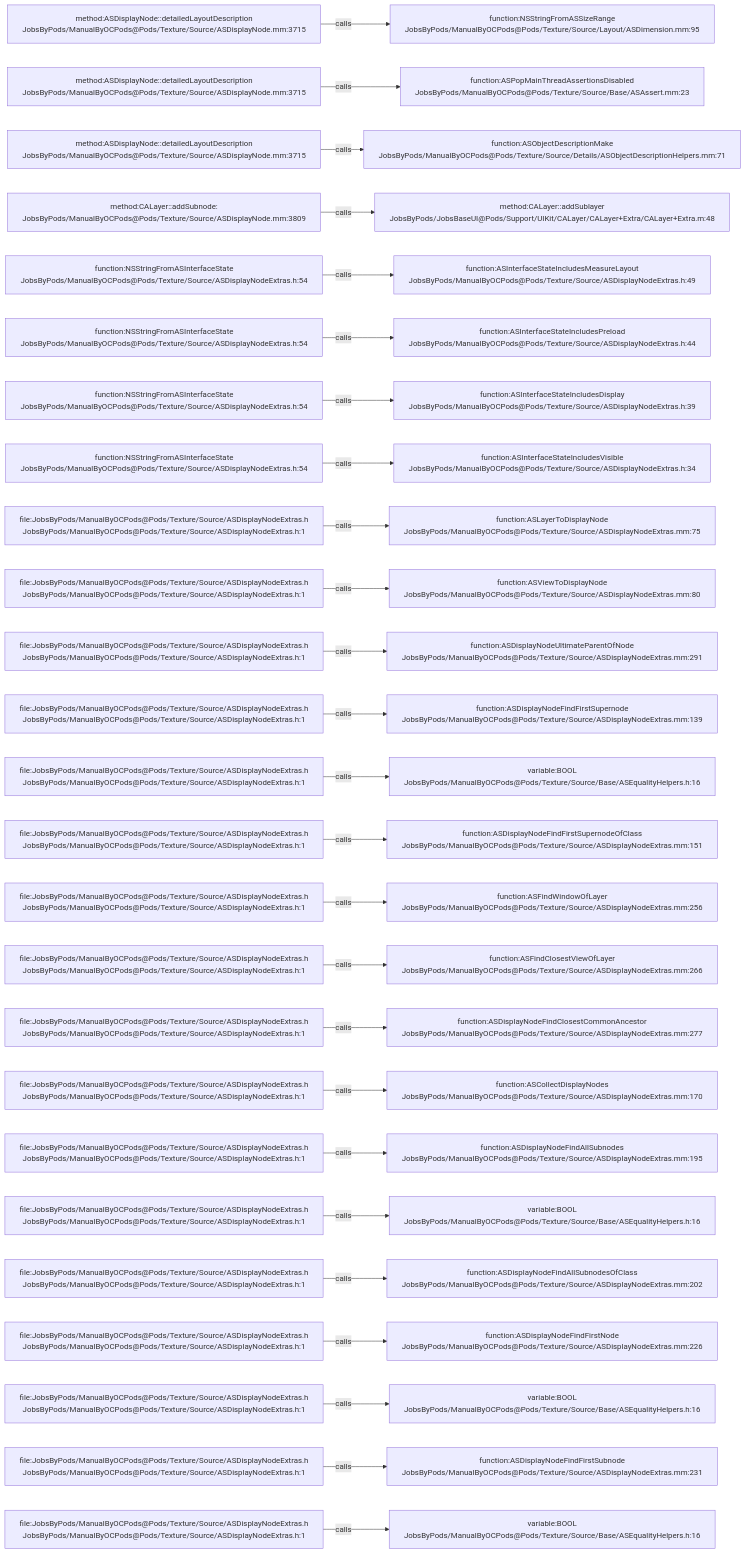
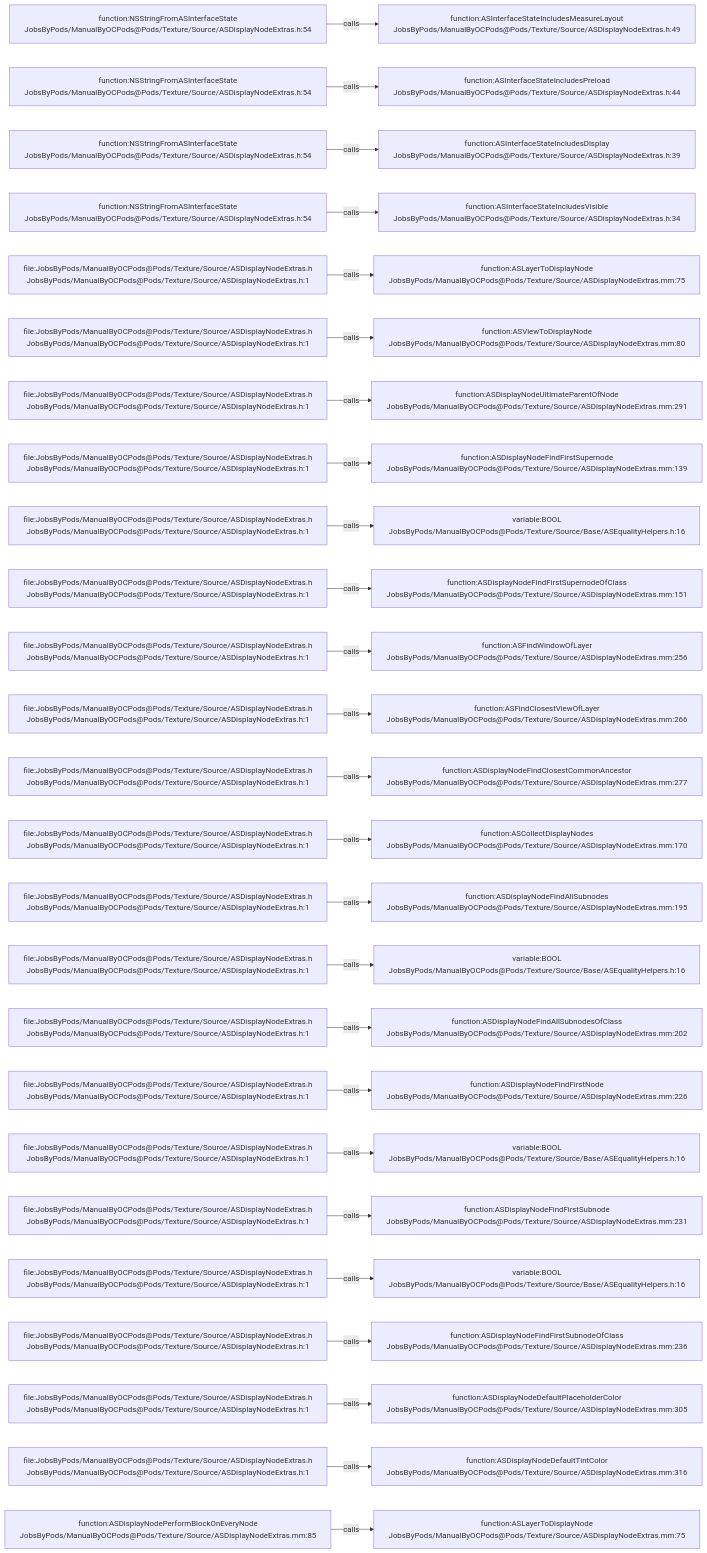
The diagram in .codegraph/codegraph.md/graphs/calls-103.md (JobsKits/JobsOCBaseConfigDemo), drawn with Mermaid before and after one commit. The commit also changed 727 other files, not shown here.

````diff
--- a/.codegraph/codegraph.md/graphs/calls-103.md
+++ b/.codegraph/codegraph.md/graphs/calls-103.md
@@ -13,78 +13,78 @@
 ```mermaid
 flowchart LR
-  S1["method:ASDisplayNode::detailedLayoutDescription<br/>JobsByPods/ManualByOCPods@Pods/Texture/Source/ASDisplayNode.mm:3715"]
-  T1["function:NSStringFromASSizeRange<br/>JobsByPods/ManualByOCPods@Pods/Texture/Source/Layout/ASDimension.mm:95"]
+  S1["function:NSStringFromASInterfaceState<br/>JobsByPods/ManualByOCPods@Pods/Texture/Source/ASDisplayNodeExtras.h:54"]
+  T1["function:ASInterfaceStateIncludesMeasureLayout<br/>JobsByPods/ManualByOCPods@Pods/Texture/Source/ASDisplayNodeExtras.h:49"]
   S1 -->|calls| T1
-  S2["method:ASDisplayNode::detailedLayoutDescription<br/>JobsByPods/ManualByOCPods@Pods/Texture/Source/ASDisplayNode.mm:3715"]
-  T2["function:ASPopMainThreadAssertionsDisabled<br/>JobsByPods/ManualByOCPods@Pods/Texture/Source/Base/ASAssert.mm:23"]
+  S2["function:NSStringFromASInterfaceState<br/>JobsByPods/ManualByOCPods@Pods/Texture/Source/ASDisplayNodeExtras.h:54"]
+  T2["function:ASInterfaceStateIncludesPreload<br/>JobsByPods/ManualByOCPods@Pods/Texture/Source/ASDisplayNodeExtras.h:44"]
   S2 -->|calls| T2
-  S3["method:ASDisplayNode::detailedLayoutDescription<br/>JobsByPods/ManualByOCPods@Pods/Texture/Source/ASDisplayNode.mm:3715"]
-  T3["function:ASObjectDescriptionMake<br/>JobsByPods/ManualByOCPods@Pods/Texture/Source/Details/ASObjectDescriptionHelpers.mm:71"]
+  S3["function:NSStringFromASInterfaceState<br/>JobsByPods/ManualByOCPods@Pods/Texture/Source/ASDisplayNodeExtras.h:54"]
+  T3["function:ASInterfaceStateIncludesDisplay<br/>JobsByPods/ManualByOCPods@Pods/Texture/Source/ASDisplayNodeExtras.h:39"]
   S3 -->|calls| T3
-  S4["method:CALayer::addSubnode:<br/>JobsByPods/ManualByOCPods@Pods/Texture/Source/ASDisplayNode.mm:3809"]
-  T4["method:CALayer::addSublayer<br/>JobsByPods/JobsBaseUI@Pods/Support/UIKit/CALayer/CALayer+Extra/CALayer+Extra.m:48"]
+  S4["function:NSStringFromASInterfaceState<br/>JobsByPods/ManualByOCPods@Pods/Texture/Source/ASDisplayNodeExtras.h:54"]
+  T4["function:ASInterfaceStateIncludesVisible<br/>JobsByPods/ManualByOCPods@Pods/Texture/Source/ASDisplayNodeExtras.h:34"]
   S4 -->|calls| T4
-  S5["function:NSStringFromASInterfaceState<br/>JobsByPods/ManualByOCPods@Pods/Texture/Source/ASDisplayNodeExtras.h:54"]
-  T5["function:ASInterfaceStateIncludesMeasureLayout<br/>JobsByPods/ManualByOCPods@Pods/Texture/Source/ASDisplayNodeExtras.h:49"]
+  S5["file:JobsByPods/ManualByOCPods@Pods/Texture/Source/ASDisplayNodeExtras.h<br/>JobsByPods/ManualByOCPods@Pods/Texture/Source/ASDisplayNodeExtras.h:1"]
+  T5["function:ASLayerToDisplayNode<br/>JobsByPods/ManualByOCPods@Pods/Texture/Source/ASDisplayNodeExtras.mm:75"]
   S5 -->|calls| T5
-  S6["function:NSStringFromASInterfaceState<br/>JobsByPods/ManualByOCPods@Pods/Texture/Source/ASDisplayNodeExtras.h:54"]
-  T6["function:ASInterfaceStateIncludesPreload<br/>JobsByPods/ManualByOCPods@Pods/Texture/Source/ASDisplayNodeExtras.h:44"]
+  S6["file:JobsByPods/ManualByOCPods@Pods/Texture/Source/ASDisplayNodeExtras.h<br/>JobsByPods/ManualByOCPods@Pods/Texture/Source/ASDisplayNodeExtras.h:1"]
+  T6["function:ASViewToDisplayNode<br/>JobsByPods/ManualByOCPods@Pods/Texture/Source/ASDisplayNodeExtras.mm:80"]
   S6 -->|calls| T6
-  S7["function:NSStringFromASInterfaceState<br/>JobsByPods/ManualByOCPods@Pods/Texture/Source/ASDisplayNodeExtras.h:54"]
-  T7["function:ASInterfaceStateIncludesDisplay<br/>JobsByPods/ManualByOCPods@Pods/Texture/Source/ASDisplayNodeExtras.h:39"]
+  S7["file:JobsByPods/ManualByOCPods@Pods/Texture/Source/ASDisplayNodeExtras.h<br/>JobsByPods/ManualByOCPods@Pods/Texture/Source/ASDisplayNodeExtras.h:1"]
+  T7["function:ASDisplayNodeUltimateParentOfNode<br/>JobsByPods/ManualByOCPods@Pods/Texture/Source/ASDisplayNodeExtras.mm:291"]
   S7 -->|calls| T7
-  S8["function:NSStringFromASInterfaceState<br/>JobsByPods/ManualByOCPods@Pods/Texture/Source/ASDisplayNodeExtras.h:54"]
-  T8["function:ASInterfaceStateIncludesVisible<br/>JobsByPods/ManualByOCPods@Pods/Texture/Source/ASDisplayNodeExtras.h:34"]
+  S8["file:JobsByPods/ManualByOCPods@Pods/Texture/Source/ASDisplayNodeExtras.h<br/>JobsByPods/ManualByOCPods@Pods/Texture/Source/ASDisplayNodeExtras.h:1"]
+  T8["function:ASDisplayNodeFindFirstSupernode<br/>JobsByPods/ManualByOCPods@Pods/Texture/Source/ASDisplayNodeExtras.mm:139"]
   S8 -->|calls| T8
   S9["file:JobsByPods/ManualByOCPods@Pods/Texture/Source/ASDisplayNodeExtras.h<br/>JobsByPods/ManualByOCPods@Pods/Texture/Source/ASDisplayNodeExtras.h:1"]
-  T9["function:ASLayerToDisplayNode<br/>JobsByPods/ManualByOCPods@Pods/Texture/Source/ASDisplayNodeExtras.mm:75"]
+  T9["variable:BOOL<br/>JobsByPods/ManualByOCPods@Pods/Texture/Source/Base/ASEqualityHelpers.h:16"]
   S9 -->|calls| T9
   S10["file:JobsByPods/ManualByOCPods@Pods/Texture/Source/ASDisplayNodeExtras.h<br/>JobsByPods/ManualByOCPods@Pods/Texture/Source/ASDisplayNodeExtras.h:1"]
-  T10["function:ASViewToDisplayNode<br/>JobsByPods/ManualByOCPods@Pods/Texture/Source/ASDisplayNodeExtras.mm:80"]
+  T10["function:ASDisplayNodeFindFirstSupernodeOfClass<br/>JobsByPods/ManualByOCPods@Pods/Texture/Source/ASDisplayNodeExtras.mm:151"]
   S10 -->|calls| T10
   S11["file:JobsByPods/ManualByOCPods@Pods/Texture/Source/ASDisplayNodeExtras.h<br/>JobsByPods/ManualByOCPods@Pods/Texture/Source/ASDisplayNodeExtras.h:1"]
-  T11["function:ASDisplayNodeUltimateParentOfNode<br/>JobsByPods/ManualByOCPods@Pods/Texture/Source/ASDisplayNodeExtras.mm:291"]
+  T11["function:ASFindWindowOfLayer<br/>JobsByPods/ManualByOCPods@Pods/Texture/Source/ASDisplayNodeExtras.mm:256"]
   S11 -->|calls| T11
   S12["file:JobsByPods/ManualByOCPods@Pods/Texture/Source/ASDisplayNodeExtras.h<br/>JobsByPods/ManualByOCPods@Pods/Texture/Source/ASDisplayNodeExtras.h:1"]
-  T12["function:ASDisplayNodeFindFirstSupernode<br/>JobsByPods/ManualByOCPods@Pods/Texture/Source/ASDisplayNodeExtras.mm:139"]
+  T12["function:ASFindClosestViewOfLayer<br/>JobsByPods/ManualByOCPods@Pods/Texture/Source/ASDisplayNodeExtras.mm:266"]
   S12 -->|calls| T12
   S13["file:JobsByPods/ManualByOCPods@Pods/Texture/Source/ASDisplayNodeExtras.h<br/>JobsByPods/ManualByOCPods@Pods/Texture/Source/ASDisplayNodeExtras.h:1"]
-  T13["variable:BOOL<br/>JobsByPods/ManualByOCPods@Pods/Texture/Source/Base/ASEqualityHelpers.h:16"]
+  T13["function:ASDisplayNodeFindClosestCommonAncestor<br/>JobsByPods/ManualByOCPods@Pods/Texture/Source/ASDisplayNodeExtras.mm:277"]
   S13 -->|calls| T13
   S14["file:JobsByPods/ManualByOCPods@Pods/Texture/Source/ASDisplayNodeExtras.h<br/>JobsByPods/ManualByOCPods@Pods/Texture/Source/ASDisplayNodeExtras.h:1"]
-  T14["function:ASDisplayNodeFindFirstSupernodeOfClass<br/>JobsByPods/ManualByOCPods@Pods/Texture/Source/ASDisplayNodeExtras.mm:151"]
+  T14["function:ASCollectDisplayNodes<br/>JobsByPods/ManualByOCPods@Pods/Texture/Source/ASDisplayNodeExtras.mm:170"]
   S14 -->|calls| T14
   S15["file:JobsByPods/ManualByOCPods@Pods/Texture/Source/ASDisplayNodeExtras.h<br/>JobsByPods/ManualByOCPods@Pods/Texture/Source/ASDisplayNodeExtras.h:1"]
-  T15["function:ASFindWindowOfLayer<br/>JobsByPods/ManualByOCPods@Pods/Texture/Source/ASDisplayNodeExtras.mm:256"]
+  T15["function:ASDisplayNodeFindAllSubnodes<br/>JobsByPods/ManualByOCPods@Pods/Texture/Source/ASDisplayNodeExtras.mm:195"]
   S15 -->|calls| T15
   S16["file:JobsByPods/ManualByOCPods@Pods/Texture/Source/ASDisplayNodeExtras.h<br/>JobsByPods/ManualByOCPods@Pods/Texture/Source/ASDisplayNodeExtras.h:1"]
-  T16["function:ASFindClosestViewOfLayer<br/>JobsByPods/ManualByOCPods@Pods/Texture/Source/ASDisplayNodeExtras.mm:266"]
+  T16["variable:BOOL<br/>JobsByPods/ManualByOCPods@Pods/Texture/Source/Base/ASEqualityHelpers.h:16"]
   S16 -->|calls| T16
   S17["file:JobsByPods/ManualByOCPods@Pods/Texture/Source/ASDisplayNodeExtras.h<br/>JobsByPods/ManualByOCPods@Pods/Texture/Source/ASDisplayNodeExtras.h:1"]
-  T17["function:ASDisplayNodeFindClosestCommonAncestor<br/>JobsByPods/ManualByOCPods@Pods/Texture/Source/ASDisplayNodeExtras.mm:277"]
+  T17["function:ASDisplayNodeFindAllSubnodesOfClass<br/>JobsByPods/ManualByOCPods@Pods/Texture/Source/ASDisplayNodeExtras.mm:202"]
   S17 -->|calls| T17
   S18["file:JobsByPods/ManualByOCPods@Pods/Texture/Source/ASDisplayNodeExtras.h<br/>JobsByPods/ManualByOCPods@Pods/Texture/Source/ASDisplayNodeExtras.h:1"]
-  T18["function:ASCollectDisplayNodes<br/>JobsByPods/ManualByOCPods@Pods/Texture/Source/ASDisplayNodeExtras.mm:170"]
+  T18["function:ASDisplayNodeFindFirstNode<br/>JobsByPods/ManualByOCPods@Pods/Texture/Source/ASDisplayNodeExtras.mm:226"]
   S18 -->|calls| T18
   S19["file:JobsByPods/ManualByOCPods@Pods/Texture/Source/ASDisplayNodeExtras.h<br/>JobsByPods/ManualByOCPods@Pods/Texture/Source/ASDisplayNodeExtras.h:1"]
-  T19["function:ASDisplayNodeFindAllSubnodes<br/>JobsByPods/ManualByOCPods@Pods/Texture/Source/ASDisplayNodeExtras.mm:195"]
+  T19["variable:BOOL<br/>JobsByPods/ManualByOCPods@Pods/Texture/Source/Base/ASEqualityHelpers.h:16"]
   S19 -->|calls| T19
   S20["file:JobsByPods/ManualByOCPods@Pods/Texture/Source/ASDisplayNodeExtras.h<br/>JobsByPods/ManualByOCPods@Pods/Texture/Source/ASDisplayNodeExtras.h:1"]
-  T20["variable:BOOL<br/>JobsByPods/ManualByOCPods@Pods/Texture/Source/Base/ASEqualityHelpers.h:16"]
+  T20["function:ASDisplayNodeFindFirstSubnode<br/>JobsByPods/ManualByOCPods@Pods/Texture/Source/ASDisplayNodeExtras.mm:231"]
   S20 -->|calls| T20
   S21["file:JobsByPods/ManualByOCPods@Pods/Texture/Source/ASDisplayNodeExtras.h<br/>JobsByPods/ManualByOCPods@Pods/Texture/Source/ASDisplayNodeExtras.h:1"]
-  T21["function:ASDisplayNodeFindAllSubnodesOfClass<br/>JobsByPods/ManualByOCPods@Pods/Texture/Source/ASDisplayNodeExtras.mm:202"]
+  T21["variable:BOOL<br/>JobsByPods/ManualByOCPods@Pods/Texture/Source/Base/ASEqualityHelpers.h:16"]
   S21 -->|calls| T21
   S22["file:JobsByPods/ManualByOCPods@Pods/Texture/Source/ASDisplayNodeExtras.h<br/>JobsByPods/ManualByOCPods@Pods/Texture/Source/ASDisplayNodeExtras.h:1"]
-  T22["function:ASDisplayNodeFindFirstNode<br/>JobsByPods/ManualByOCPods@Pods/Texture/Source/ASDisplayNodeExtras.mm:226"]
+  T22["function:ASDisplayNodeFindFirstSubnodeOfClass<br/>JobsByPods/ManualByOCPods@Pods/Texture/Source/ASDisplayNodeExtras.mm:236"]
   S22 -->|calls| T22
   S23["file:JobsByPods/ManualByOCPods@Pods/Texture/Source/ASDisplayNodeExtras.h<br/>JobsByPods/ManualByOCPods@Pods/Texture/Source/ASDisplayNodeExtras.h:1"]
-  T23["variable:BOOL<br/>JobsByPods/ManualByOCPods@Pods/Texture/Source/Base/ASEqualityHelpers.h:16"]
+  T23["function:ASDisplayNodeDefaultPlaceholderColor<br/>JobsByPods/ManualByOCPods@Pods/Texture/Source/ASDisplayNodeExtras.mm:305"]
   S23 -->|calls| T23
   S24["file:JobsByPods/ManualByOCPods@Pods/Texture/Source/ASDisplayNodeExtras.h<br/>JobsByPods/ManualByOCPods@Pods/Texture/Source/ASDisplayNodeExtras.h:1"]
-  T24["function:ASDisplayNodeFindFirstSubnode<br/>JobsByPods/ManualByOCPods@Pods/Texture/Source/ASDisplayNodeExtras.mm:231"]
+  T24["function:ASDisplayNodeDefaultTintColor<br/>JobsByPods/ManualByOCPods@Pods/Texture/Source/ASDisplayNodeExtras.mm:316"]
   S24 -->|calls| T24
-  S25["file:JobsByPods/ManualByOCPods@Pods/Texture/Source/ASDisplayNodeExtras.h<br/>JobsByPods/ManualByOCPods@Pods/Texture/Source/ASDisplayNodeExtras.h:1"]
-  T25["variable:BOOL<br/>JobsByPods/ManualByOCPods@Pods/Texture/Source/Base/ASEqualityHelpers.h:16"]
+  S25["function:ASDisplayNodePerformBlockOnEveryNode<br/>JobsByPods/ManualByOCPods@Pods/Texture/Source/ASDisplayNodeExtras.mm:85"]
+  T25["function:ASLayerToDisplayNode<br/>JobsByPods/ManualByOCPods@Pods/Texture/Source/ASDisplayNodeExtras.mm:75"]
   S25 -->|calls| T25
 ```
````
